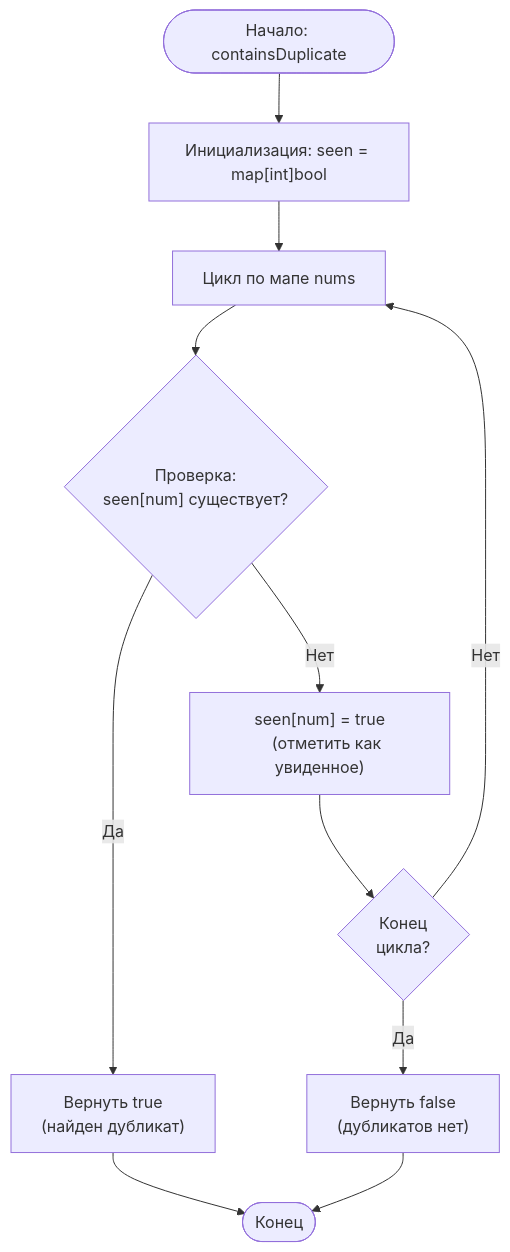
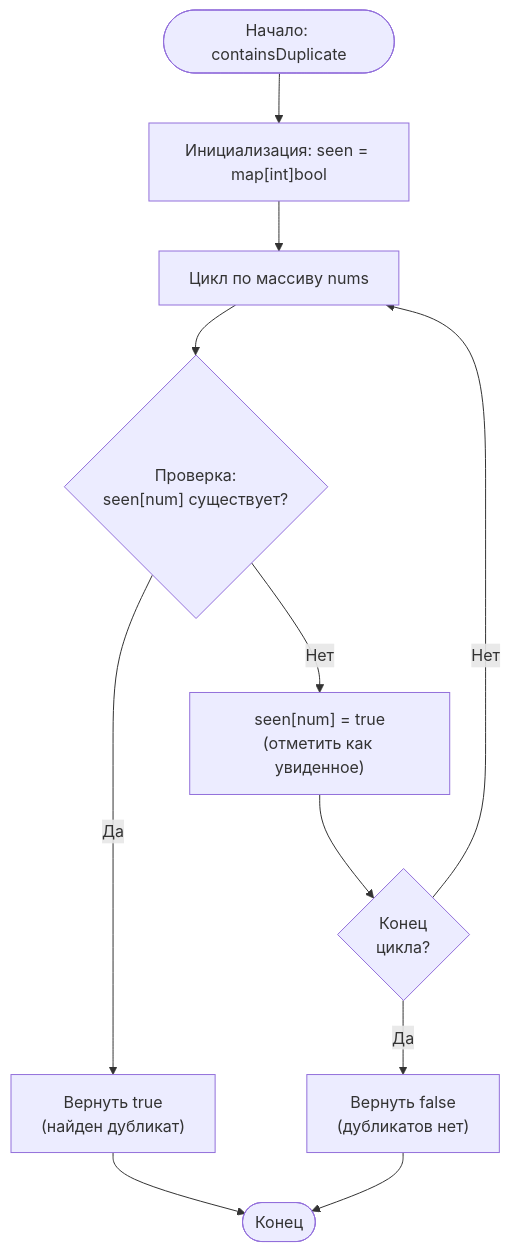
The diagram in leetcode/easy/217. Contains Duplicate/README.md (andrewhigh08/algo), drawn with Mermaid before and after one commit. The commit also changed other lines of this file and 152 other files, not shown here.

````diff
--- a/leetcode/easy/217. Contains Duplicate/README.md
+++ b/leetcode/easy/217. Contains Duplicate/README.md
@@ -40,19 +46,13 @@
 ```mermaid
-
 flowchart TD
     Start([Начало: containsDuplicate]) --> Init["Инициализация: seen = map[int]bool"]
-    Init --> LoopStart["Цикл по мапе nums"]
-    LoopStart --> CheckExists{"Проверка: 
-    seen[num] существует?"}
-    CheckExists -->|Да| ReturnTrue["Вернуть true
-    (найден дубликат)"]
-    CheckExists -->|Нет| MarkSeen["seen[num] = true
-    (отметить как увиденное)"]
-    MarkSeen --> LoopContinue{"Конец 
-    цикла?"}
+    Init --> LoopStart["Цикл по массиву nums"]
+    LoopStart --> CheckExists{"Проверка:<br>seen[num] существует?"}
+    CheckExists -->|Да| ReturnTrue["Вернуть true<br>(найден дубликат)"]
+    CheckExists -->|Нет| MarkSeen["seen[num] = true<br>(отметить как увиденное)"]
+    MarkSeen --> LoopContinue{"Конец<br>цикла?"}
     LoopContinue -->|Нет| LoopStart
-    LoopContinue -->|Да| ReturnFalse["Вернуть false
-    (дубликатов нет)"]
+    LoopContinue -->|Да| ReturnFalse["Вернуть false<br>(дубликатов нет)"]
     ReturnTrue --> End([Конец])
     ReturnFalse --> End
 ```
````
